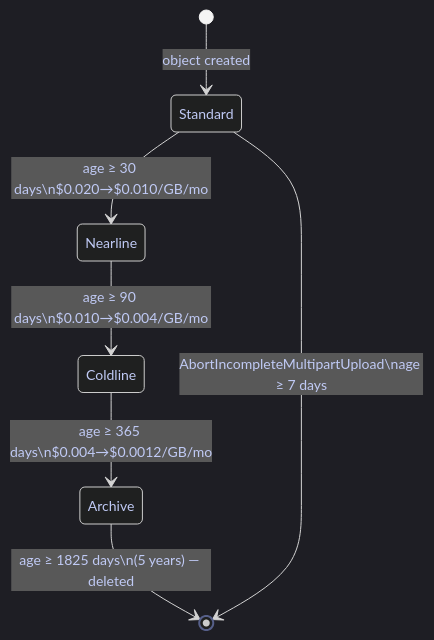
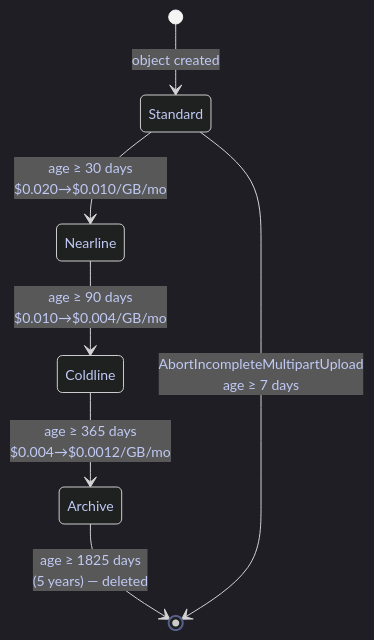
Before and after one commit to alp78/elysium: the third of 3 diagrams in content/06-GCP/09-Cost-Management/02-gcp-cost-monitoring-and-budgets.md, drawn with Mermaid. The commit also changed 114 other files, not shown here.

````diff
--- a/content/06-GCP/09-Cost-Management/02-gcp-cost-monitoring-and-budgets.md
+++ b/content/06-GCP/09-Cost-Management/02-gcp-cost-monitoring-and-budgets.md
@@ -956,21 +956,21 @@
 ```mermaid
 %%{init: {'theme': 'dark', 'themeVariables': {
   'primaryColor': '#292e42',
   'primaryTextColor': '#c0caf5',
   'primaryBorderColor': '#565f89',
   'lineColor': '#565f89',
   'secondaryColor': '#1a1b26',
   'tertiaryColor': '#24283b',
   'noteTextColor': '#c0caf5',
   'noteBkgColor': '#292e42',
   'textColor': '#c0caf5',
   'fontSize': '14px'
 }}}%%
 stateDiagram-v2
     [*] --> Standard : object created
-    Standard --> Nearline : age ≥ 30 days\n$0.020→$0.010/GB/mo
-    Nearline --> Coldline : age ≥ 90 days\n$0.010→$0.004/GB/mo
-    Coldline --> Archive : age ≥ 365 days\n$0.004→$0.0012/GB/mo
-    Archive --> [*] : age ≥ 1825 days\n(5 years) — deleted
-    Standard --> [*] : AbortIncompleteMultipartUpload\nage ≥ 7 days
+    Standard --> Nearline : age ≥ 30 days<br/>$0.020→$0.010/GB/mo
+    Nearline --> Coldline : age ≥ 90 days<br/>$0.010→$0.004/GB/mo
+    Coldline --> Archive : age ≥ 365 days<br/>$0.004→$0.0012/GB/mo
+    Archive --> [*] : age ≥ 1825 days<br/>(5 years) — deleted
+    Standard --> [*] : AbortIncompleteMultipartUpload<br/>age ≥ 7 days
 ```
````
